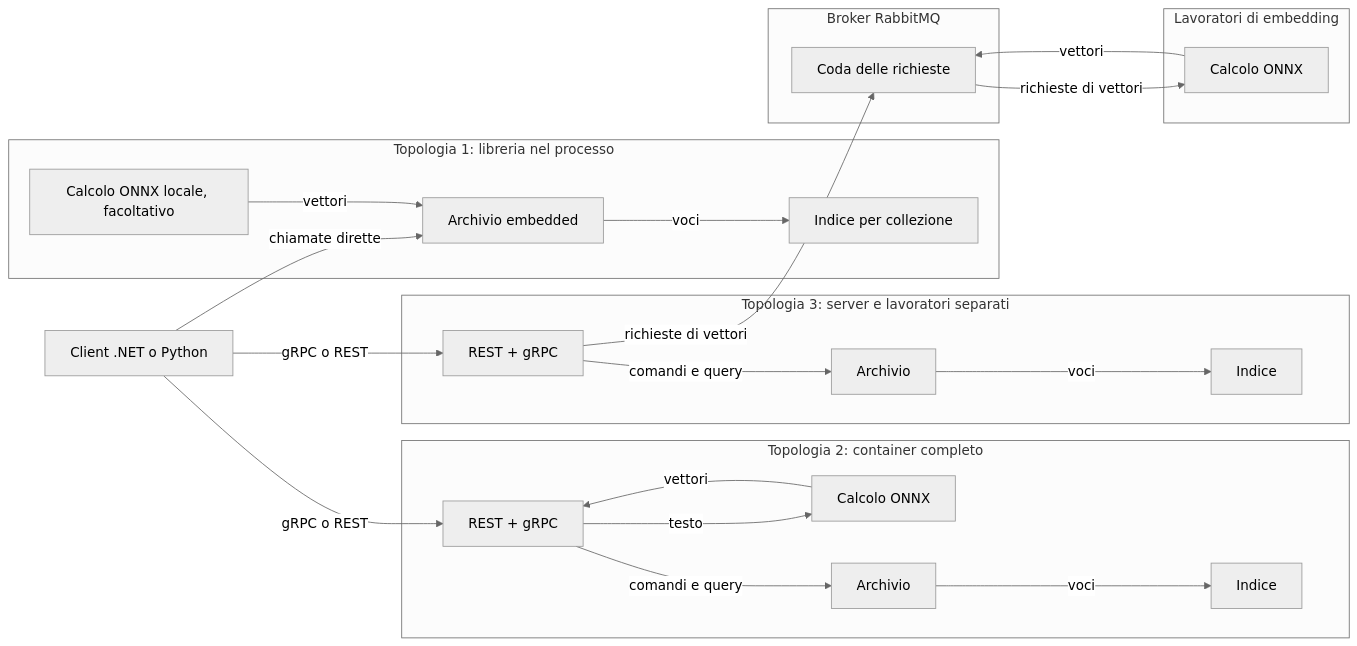
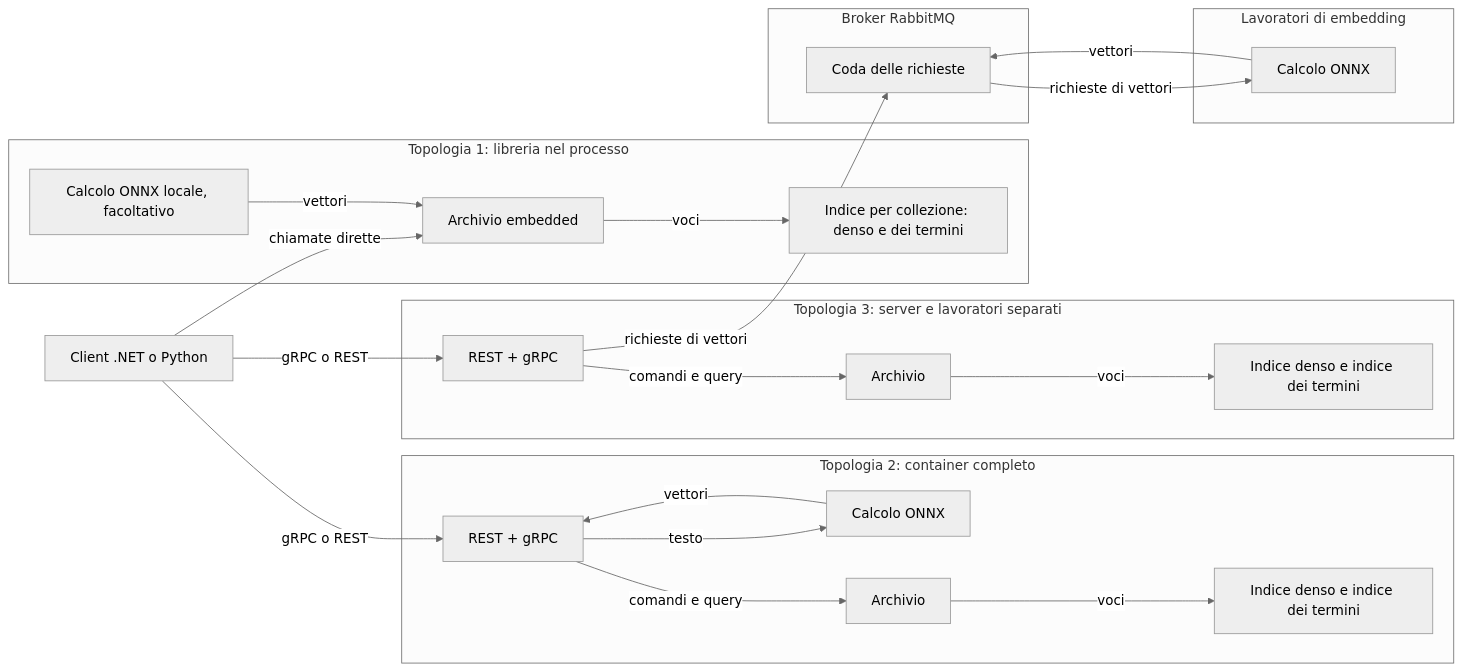
Before and after one commit to ppossanzini/Jigen: diagram 13 of 13 in analisys/docs/architecture/diagrams.md, drawn with Mermaid (neutral theme). The commit also changed other lines of this file and 73 other files, not shown here.

````diff
--- a/analisys/docs/architecture/diagrams.md
+++ b/analisys/docs/architecture/diagrams.md
@@ -307,40 +309,40 @@
 ```mermaid
 flowchart LR
   CL["Client .NET o Python"]
   subgraph LIB["Topologia 1: libreria nel processo"]
     L1["Archivio embedded"]
-    L2["Indice per collezione"]
+    L2["Indice per collezione: denso e dei termini"]
     L3["Calcolo ONNX locale, facoltativo"]
     L3 -->|"vettori"| L1
     L1 -->|"voci"| L2
   end
   subgraph AIO["Topologia 2: container completo"]
     A1["REST + gRPC"]
     A2["Archivio"]
-    A3["Indice"]
+    A3["Indice denso e indice dei termini"]
     A4["Calcolo ONNX"]
     A1 -->|"comandi e query"| A2
     A2 -->|"voci"| A3
     A1 -->|"testo"| A4
     A4 -->|"vettori"| A1
   end
   subgraph SPLIT["Topologia 3: server e lavoratori separati"]
     B1["REST + gRPC"]
     B2["Archivio"]
-    B3["Indice"]
+    B3["Indice denso e indice dei termini"]
     B1 -->|"comandi e query"| B2
     B2 -->|"voci"| B3
   end
   subgraph WORK["Lavoratori di embedding"]
     W1["Calcolo ONNX"]
   end
   subgraph MQ["Broker RabbitMQ"]
     M1["Coda delle richieste"]
   end
   CL -->|"gRPC o REST"| A1
   CL -->|"gRPC o REST"| B1
   CL -->|"chiamate dirette"| L1
   B1 -->|"richieste di vettori"| M1
   M1 -->|"richieste di vettori"| W1
   W1 -->|"vettori"| M1
 ```
````
